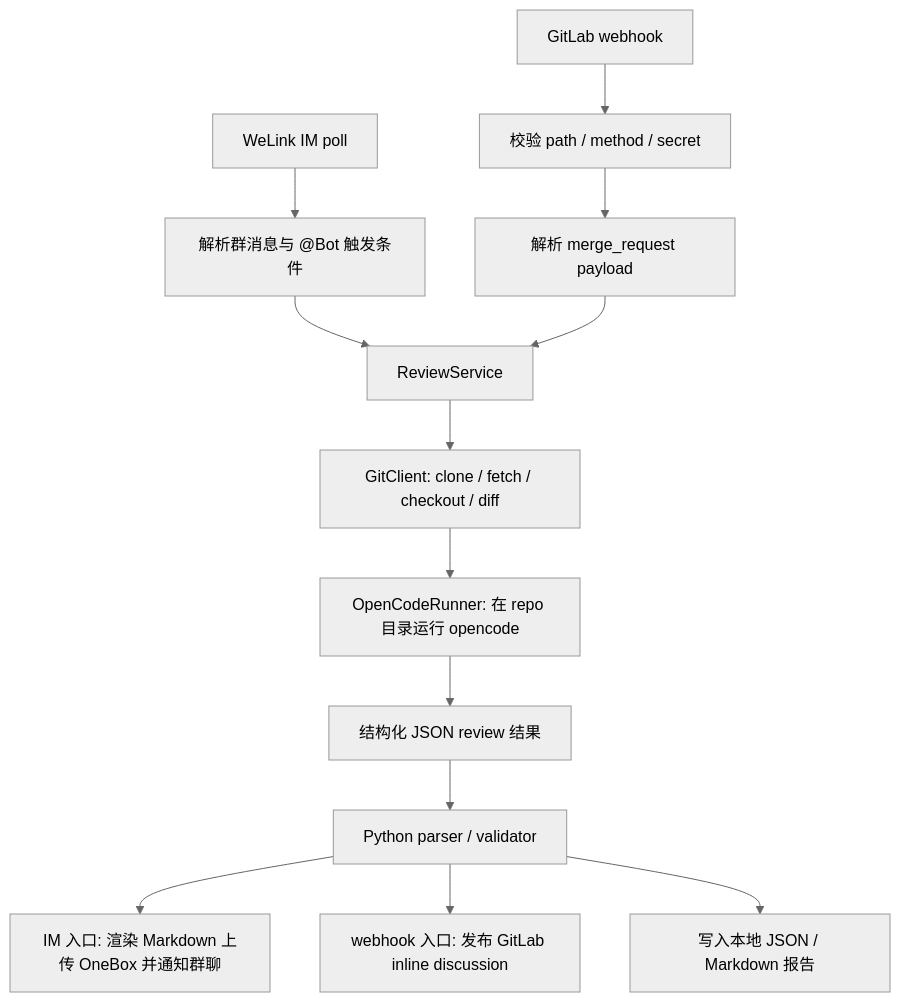
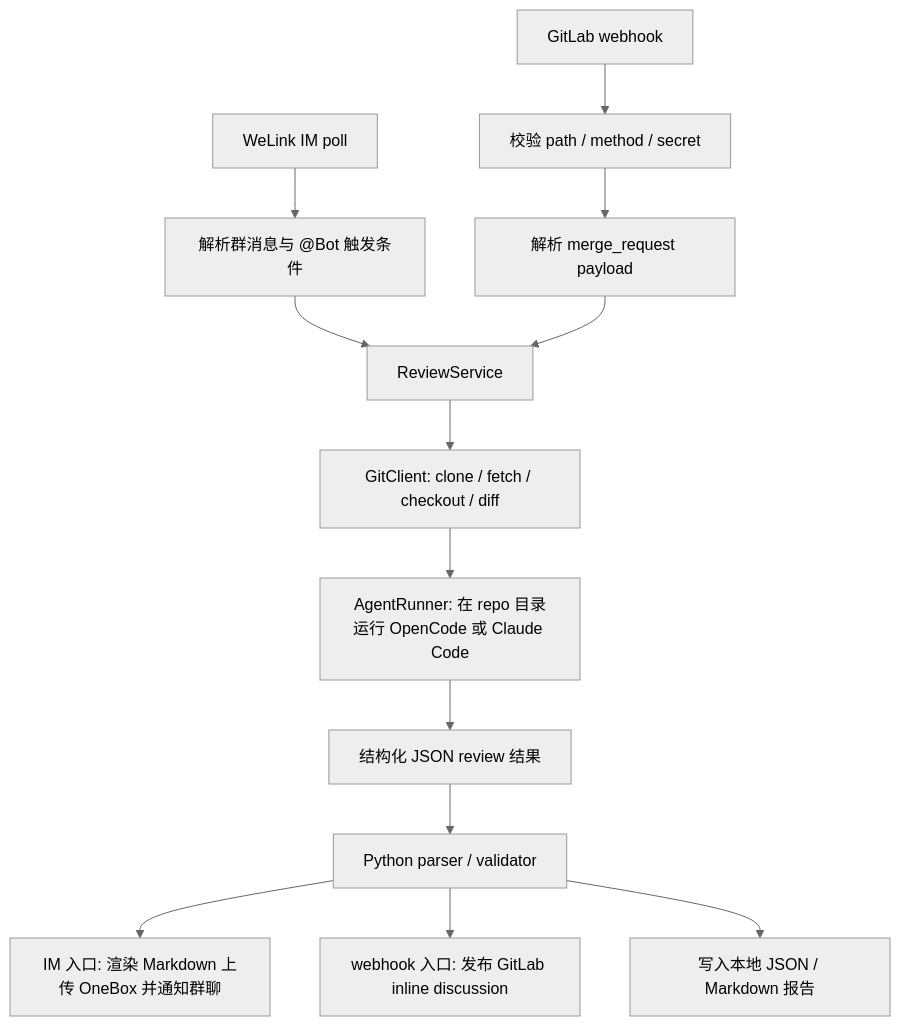
The first of 3 diagrams in docs/DESIGN.md (Faye-663/code-mr-reviewer), drawn with Mermaid (neutral theme) before and after one commit. The commit also changed other lines of this file and 4 other files, not shown here.

Commit message:
docs: 同步 Agent Runner 与 skill 使用方式

````diff
--- a/docs/DESIGN.md
+++ b/docs/DESIGN.md
@@ -7,15 +7,15 @@
 ```mermaid
 flowchart TD
     A["WeLink IM poll"] --> B["解析群消息与 @Bot 触发条件"]
     C["GitLab webhook"] --> D["校验 path / method / secret"]
     D --> E["解析 merge_request payload"]
     B --> F["ReviewService"]
     E --> F
     F --> G["GitClient: clone / fetch / checkout / diff"]
-    G --> H["OpenCodeRunner: 在 repo 目录运行 opencode"]
+    G --> H["AgentRunner: 在 repo 目录运行 OpenCode 或 Claude Code"]
     H --> I["结构化 JSON review 结果"]
     I --> J["Python parser / validator"]
     J --> K["IM 入口: 渲染 Markdown 上传 OneBox 并通知群聊"]
     J --> L["webhook 入口: 发布 GitLab inline discussion"]
     J --> M["写入本地 JSON / Markdown 报告"]
 ```
````
